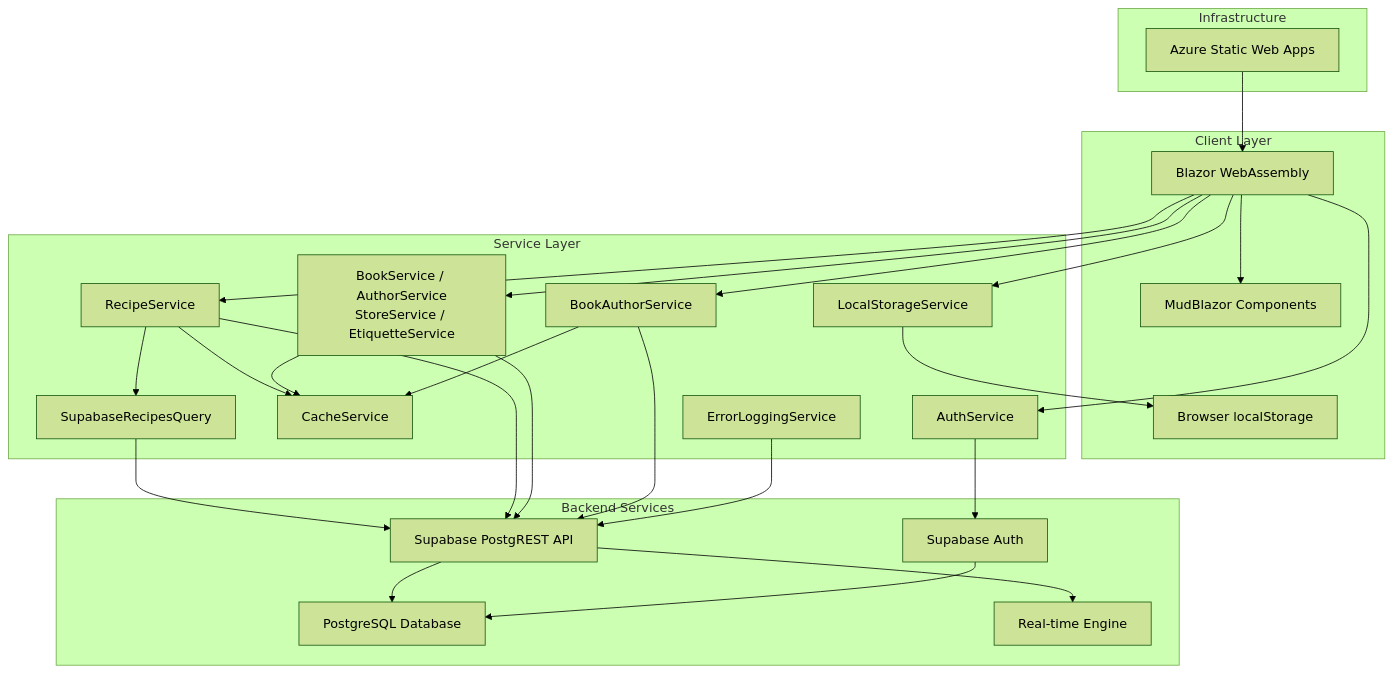
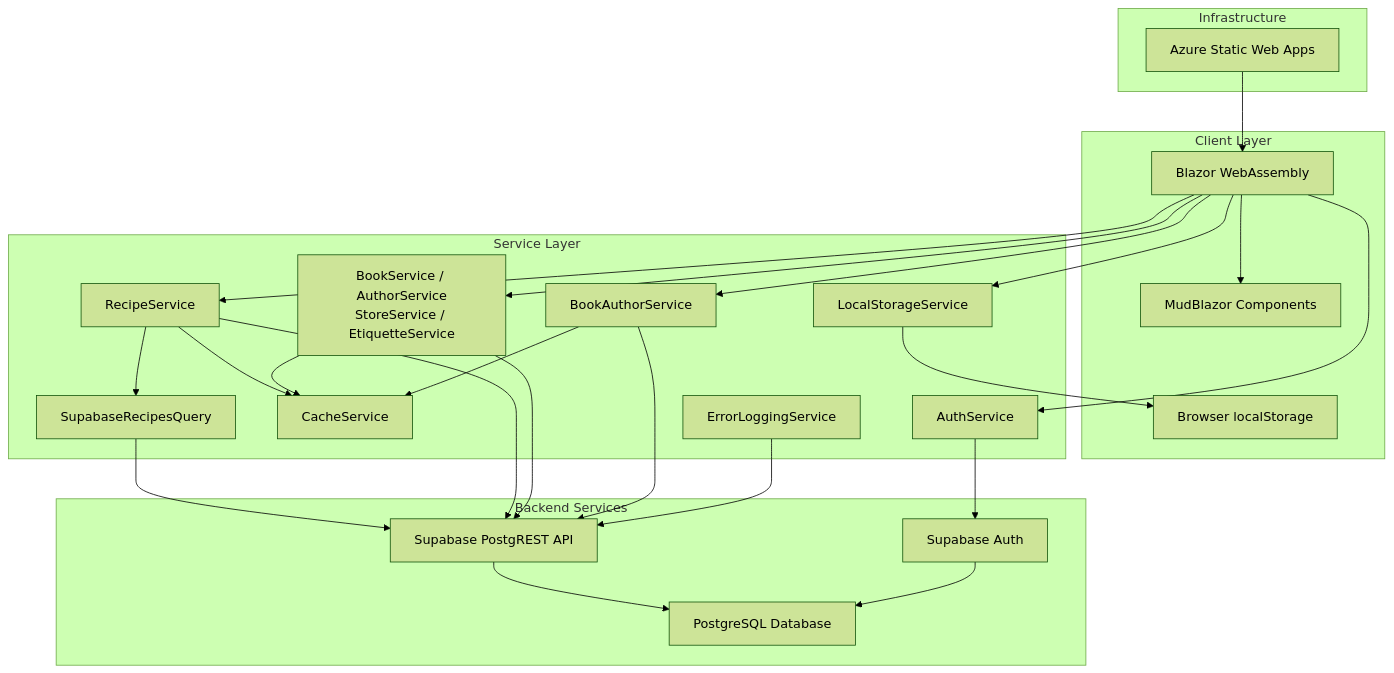
The first of 12 diagrams in docs/ARCHITECTURE.md (mongeon/RecettesIndex), drawn with Mermaid (forest theme) before and after one commit. The commit also changed other lines of this file, not shown here.

First line of the commit message:
docs: drop real-time and other unused technologies from the architecture

````diff
--- a/docs/ARCHITECTURE.md
+++ b/docs/ARCHITECTURE.md
@@ -22,56 +22,54 @@
 ```mermaid
 graph TB
     subgraph "Client Layer"
         BlazorApp[Blazor WebAssembly]
         Mud[MudBlazor Components]
         Storage[Browser localStorage]
     end
 
     subgraph "Service Layer"
         RecipeSvc[RecipeService]
         CrudSvc[BookService / AuthorService<br/>StoreService / EtiquetteService]
         BookAuthorSvc[BookAuthorService]
         AuthSvc[AuthService]
         CacheSvc[CacheService]
         Query[SupabaseRecipesQuery]
         LocalSvc[LocalStorageService]
         ErrorSvc[ErrorLoggingService]
     end
 
     subgraph "Backend Services"
         Rest[Supabase PostgREST API]
         GoTrue[Supabase Auth]
         Postgres[PostgreSQL Database]
-        Realtime[Real-time Engine]
     end
 
     subgraph "Infrastructure"
         Swa[Azure Static Web Apps]
     end
 
     BlazorApp --> Mud
     BlazorApp --> RecipeSvc
     BlazorApp --> CrudSvc
     BlazorApp --> BookAuthorSvc
     BlazorApp --> AuthSvc
     BlazorApp --> LocalSvc
     LocalSvc --> Storage
 
     RecipeSvc --> Query
     RecipeSvc --> CacheSvc
     CrudSvc --> CacheSvc
     BookAuthorSvc --> CacheSvc
 
     Query --> Rest
     RecipeSvc --> Rest
     CrudSvc --> Rest
     BookAuthorSvc --> Rest
     ErrorSvc --> Rest
     AuthSvc --> GoTrue
 
     Rest --> Postgres
     GoTrue --> Postgres
-    Rest --> Realtime
 
     Swa --> BlazorApp
 ```
````
